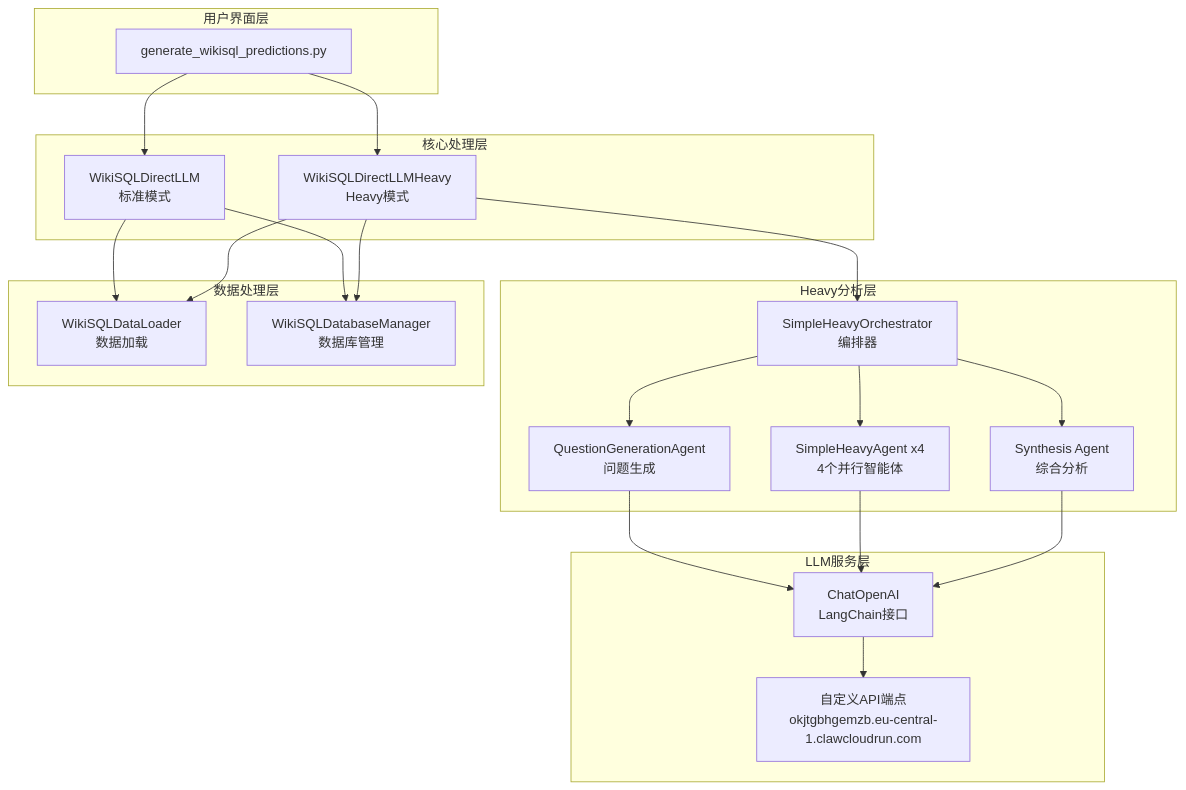
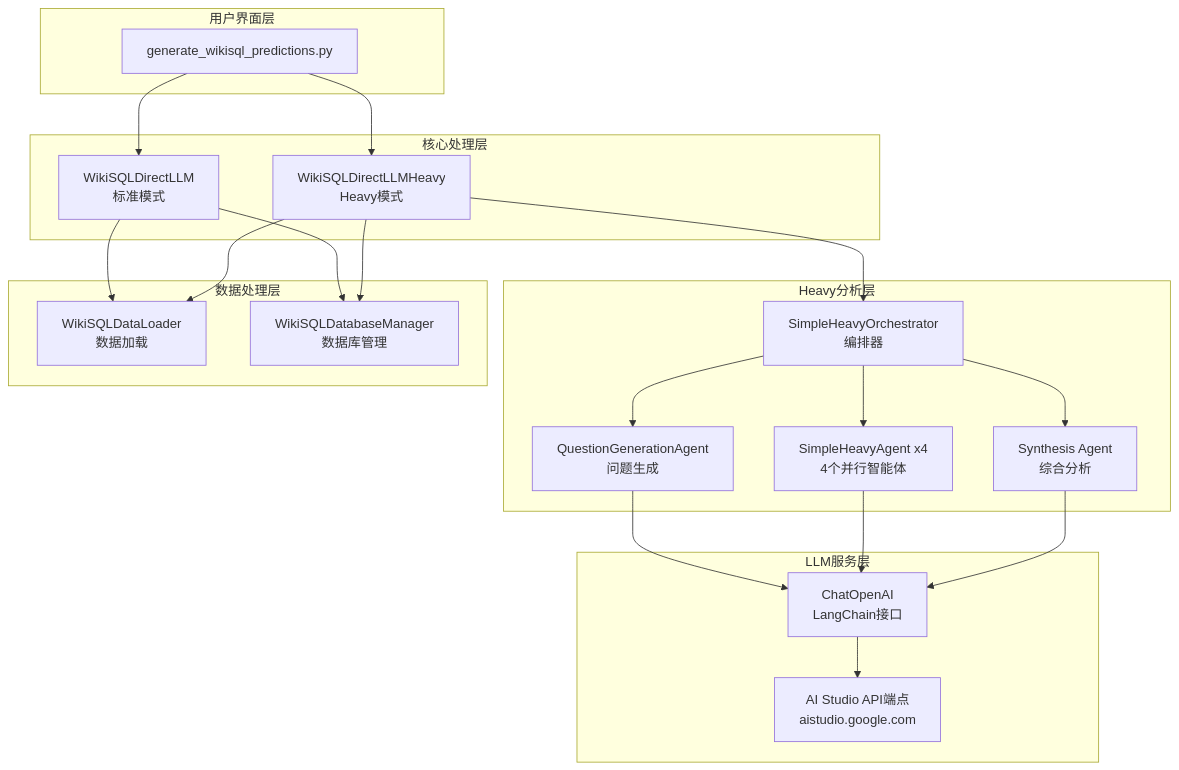
Before and after one commit to Tommyweige/Gemini-wikiSQL: the fifth of 6 diagrams in WikiSQL_Heavy_System_Architecture.md, drawn with Mermaid. The commit also changed 7 other files, not shown here.

````diff
--- a/WikiSQL_Heavy_System_Architecture.md
+++ b/WikiSQL_Heavy_System_Architecture.md
@@ -100,43 +100,43 @@
 ```mermaid
 graph TB
     subgraph "用户界面层"
         A[generate_wikisql_predictions.py]
     end
     
     subgraph "核心处理层"
         B[WikiSQLDirectLLM<br/>标准模式]
         C[WikiSQLDirectLLMHeavy<br/>Heavy模式]
     end
     
     subgraph "Heavy分析层"
         D[SimpleHeavyOrchestrator<br/>编排器]
         E[QuestionGenerationAgent<br/>问题生成]
         F[SimpleHeavyAgent x4<br/>4个并行智能体]
         G[Synthesis Agent<br/>综合分析]
     end
     
     subgraph "数据处理层"
         H[WikiSQLDataLoader<br/>数据加载]
         I[WikiSQLDatabaseManager<br/>数据库管理]
     end
     
     subgraph "LLM服务层"
         J[ChatOpenAI<br/>LangChain接口]
-        K[自定义API端点<br/>okjtgbhgemzb.eu-central-1.clawcloudrun.com]
+        K[AI Studio API端点<br/>aistudio.google.com]
     end
     
     A --> B
     A --> C
     C --> D
     D --> E
     D --> F
     D --> G
     B --> H
     C --> H
     B --> I
     C --> I
     E --> J
     F --> J
     G --> J
     J --> K
 ```
````
